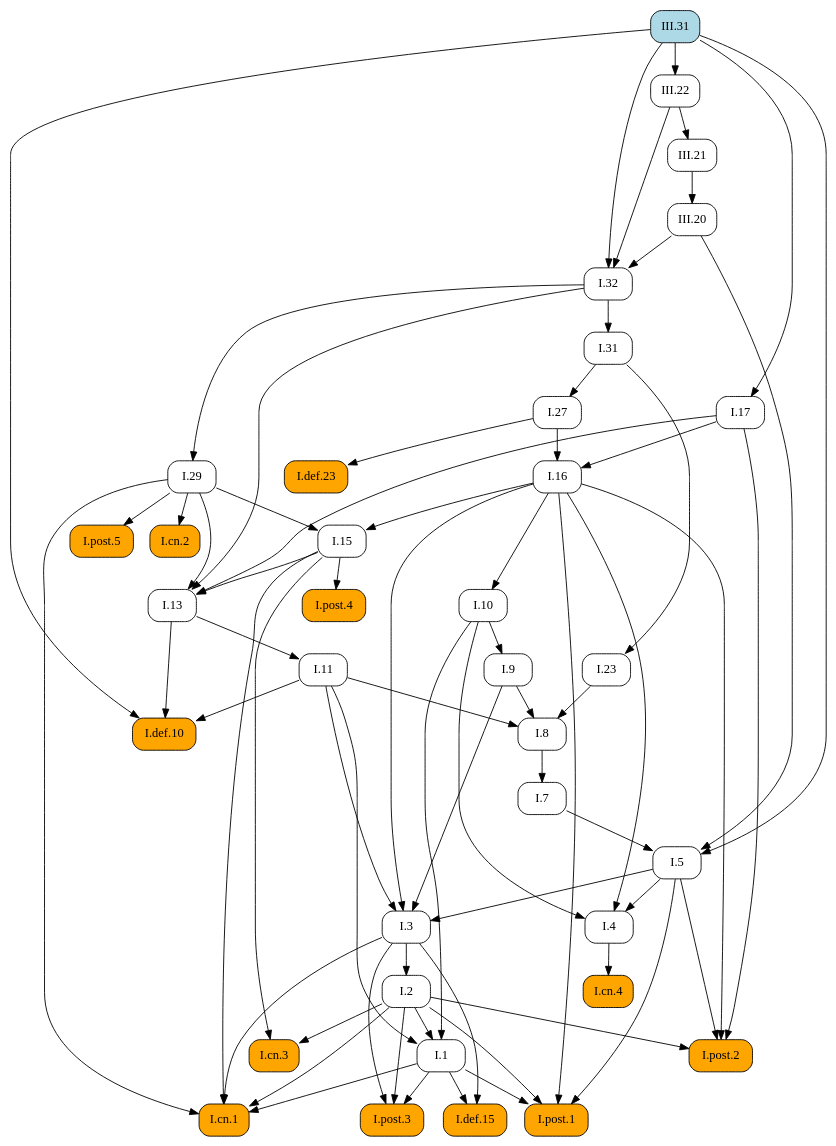
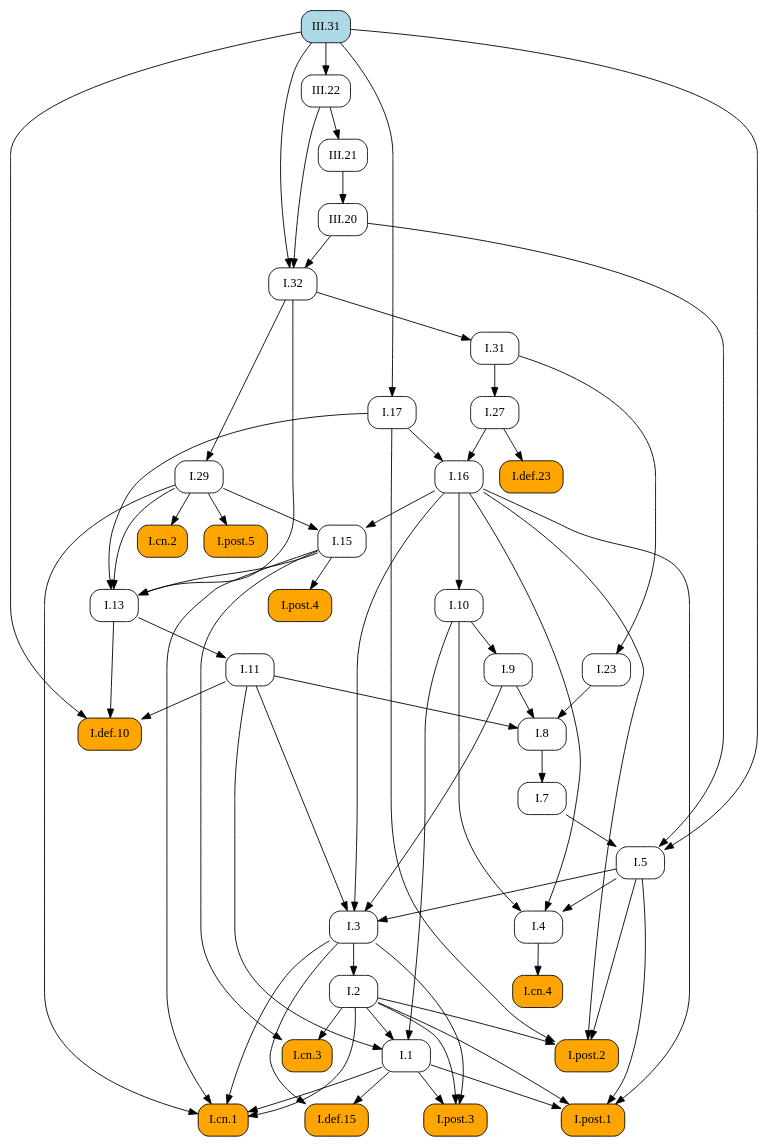
Before and after one commit to geometor/elements: the diagram in docsrc/elements2/III/31/index.rst, drawn with Graphviz. The commit also changed other lines of this file and 409 other files, not shown here.

First line of the commit message:
feat: Add image cropping and graphic extraction script

```diff
--- a/docsrc/elements2/III/31/index.rst
+++ b/docsrc/elements2/III/31/index.rst
@@ -90,107 +90,107 @@
    digraph {
      rankdir="TB";
      node [shape=box, style=rounded];
+     "I.31" [URL="/elements2/I/31/", target="_top"];
      "I.8" [URL="/elements2/I/8/", target="_top"];
+     "I.5" [URL="/elements2/I/5/", target="_top"];
+     "I.15" [URL="/elements2/I/15/", target="_top"];
+     "I.17" [URL="/elements2/I/17/", target="_top"];
+     "I.cn.1" [style="rounded,filled", fillcolor=orange, URL="/elements2/I/cn.1/", target="_top"];
      "I.32" [URL="/elements2/I/32/", target="_top"];
-     "I.post.1" [style="rounded,filled", fillcolor=orange, URL="/elements2/I/post.1/", target="_top"];
-     "I.5" [URL="/elements2/I/5/", target="_top"];
-     "I.post.5" [style="rounded,filled", fillcolor=orange, URL="/elements2/I/post.5/", target="_top"];
-     "I.def.10" [style="rounded,filled", fillcolor=orange, URL="/elements2/I/def.10/", target="_top"];
-     "I.cn.2" [style="rounded,filled", fillcolor=orange, URL="/elements2/I/cn.2/", target="_top"];
-     "III.22" [URL="/elements2/III/22/", target="_top"];
+     "I.7" [URL="/elements2/I/7/", target="_top"];
+     "I.23" [URL="/elements2/I/23/", target="_top"];
+     "I.16" [URL="/elements2/I/16/", target="_top"];
+     "III.20" [URL="/elements2/III/20/", target="_top"];
      "I.def.15" [style="rounded,filled", fillcolor=orange, URL="/elements2/I/def.15/", target="_top"];
      "III.31" [style="rounded,filled", fillcolor=lightblue, URL="/elements2/III/31/", target="_top"];
-     "I.31" [URL="/elements2/I/31/", target="_top"];
+     "I.def.10" [style="rounded,filled", fillcolor=orange, URL="/elements2/I/def.10/", target="_top"];
      "I.11" [URL="/elements2/I/11/", target="_top"];
-     "I.post.2" [style="rounded,filled", fillcolor=orange, URL="/elements2/I/post.2/", target="_top"];
+     "I.post.4" [style="rounded,filled", fillcolor=orange, URL="/elements2/I/post.4/", target="_top"];
+     "I.def.23" [style="rounded,filled", fillcolor=orange, URL="/elements2/I/def.23/", target="_top"];
+     "I.post.5" [style="rounded,filled", fillcolor=orange, URL="/elements2/I/post.5/", target="_top"];
      "I.3" [URL="/elements2/I/3/", target="_top"];
-     "I.def.23" [style="rounded,filled", fillcolor=orange, URL="/elements2/I/def.23/", target="_top"];
-     "I.1" [URL="/elements2/I/1/", target="_top"];
-     "I.cn.4" [style="rounded,filled", fillcolor=orange, URL="/elements2/I/cn.4/", target="_top"];
+     "III.22" [URL="/elements2/III/22/", target="_top"];
+     "I.10" [URL="/elements2/I/10/", target="_top"];
+     "III.21" [URL="/elements2/III/21/", target="_top"];
      "I.cn.3" [style="rounded,filled", fillcolor=orange, URL="/elements2/I/cn.3/", target="_top"];
-     "III.21" [URL="/elements2/III/21/", target="_top"];
-     "III.20" [URL="/elements2/III/20/", target="_top"];
-     "I.17" [URL="/elements2/I/17/", target="_top"];
-     "I.7" [URL="/elements2/I/7/", target="_top"];
+     "I.13" [URL="/elements2/I/13/", target="_top"];
+     "I.4" [URL="/elements2/I/4/", target="_top"];
+     "I.post.3" [style="rounded,filled", fillcolor=orange, URL="/elements2/I/post.3/", target="_top"];
      "I.9" [URL="/elements2/I/9/", target="_top"];
-     "I.cn.1" [style="rounded,filled", fillcolor=orange, URL="/elements2/I/cn.1/", target="_top"];
      "I.29" [URL="/elements2/I/29/", target="_top"];
-     "I.16" [URL="/elements2/I/16/", target="_top"];
-     "I.post.4" [style="rounded,filled", fillcolor=orange, URL="/elements2/I/post.4/", target="_top"];
-     "I.13" [URL="/elements2/I/13/", target="_top"];
+     "I.post.1" [style="rounded,filled", fillcolor=orange, URL="/elements2/I/post.1/", target="_top"];
      "I.2" [URL="/elements2/I/2/", target="_top"];
      "I.27" [URL="/elements2/I/27/", target="_top"];
-     "I.4" [URL="/elements2/I/4/", target="_top"];
-     "I.10" [URL="/elements2/I/10/", target="_top"];
-     "I.15" [URL="/elements2/I/15/", target="_top"];
-     "I.23" [URL="/elements2/I/23/", target="_top"];
-     "I.post.3" [style="rounded,filled", fillcolor=orange, URL="/elements2/I/post.3/", target="_top"];
+     "I.cn.4" [style="rounded,filled", fillcolor=orange, URL="/elements2/I/cn.4/", target="_top"];
+     "I.cn.2" [style="rounded,filled", fillcolor=orange, URL="/elements2/I/cn.2/", target="_top"];
+     "I.1" [URL="/elements2/I/1/", target="_top"];
+     "I.post.2" [style="rounded,filled", fillcolor=orange, URL="/elements2/I/post.2/", target="_top"];
+     "I.32" -> "I.31";
      "I.9" -> "I.8";
      "I.11" -> "I.8";
      "I.23" -> "I.8";
-     "III.20" -> "I.32";
-     "III.22" -> "I.32";
-     "III.31" -> "I.32";
-     "I.1" -> "I.post.1";
-     "I.2" -> "I.post.1";
-     "I.5" -> "I.post.1";
-     "I.16" -> "I.post.1";
      "I.7" -> "I.5";
      "III.20" -> "I.5";
      "III.31" -> "I.5";
-     "I.29" -> "I.post.5";
-     "I.11" -> "I.def.10";
-     "I.13" -> "I.def.10";
-     "III.31" -> "I.def.10";
-     "I.29" -> "I.cn.2";
-     "III.31" -> "III.22";
-     "I.1" -> "I.def.15";
-     "I.3" -> "I.def.15";
-     "I.32" -> "I.31";
-     "I.13" -> "I.11";
-     "I.2" -> "I.post.2";
-     "I.5" -> "I.post.2";
-     "I.16" -> "I.post.2";
-     "I.17" -> "I.post.2";
-     "I.5" -> "I.3";
-     "I.9" -> "I.3";
-     "I.11" -> "I.3";
-     "I.16" -> "I.3";
-     "I.27" -> "I.def.23";
-     "I.2" -> "I.1";
-     "I.10" -> "I.1";
-     "I.11" -> "I.1";
-     "I.4" -> "I.cn.4";
-     "I.2" -> "I.cn.3";
-     "I.15" -> "I.cn.3";
-     "III.22" -> "III.21";
-     "III.21" -> "III.20";
+     "I.16" -> "I.15";
+     "I.29" -> "I.15";
      "III.31" -> "I.17";
-     "I.8" -> "I.7";
-     "I.10" -> "I.9";
      "I.1" -> "I.cn.1";
      "I.2" -> "I.cn.1";
      "I.3" -> "I.cn.1";
      "I.15" -> "I.cn.1";
      "I.29" -> "I.cn.1";
-     "I.32" -> "I.29";
+     "III.20" -> "I.32";
+     "III.22" -> "I.32";
+     "III.31" -> "I.32";
+     "I.8" -> "I.7";
+     "I.31" -> "I.23";
      "I.17" -> "I.16";
      "I.27" -> "I.16";
+     "III.21" -> "III.20";
+     "I.1" -> "I.def.15";
+     "I.3" -> "I.def.15";
+     "I.11" -> "I.def.10";
+     "I.13" -> "I.def.10";
+     "III.31" -> "I.def.10";
+     "I.13" -> "I.11";
      "I.15" -> "I.post.4";
+     "I.27" -> "I.def.23";
+     "I.29" -> "I.post.5";
+     "I.5" -> "I.3";
+     "I.9" -> "I.3";
+     "I.11" -> "I.3";
+     "I.16" -> "I.3";
+     "III.31" -> "III.22";
+     "I.16" -> "I.10";
+     "III.22" -> "III.21";
+     "I.2" -> "I.cn.3";
+     "I.15" -> "I.cn.3";
      "I.15" -> "I.13";
      "I.17" -> "I.13";
      "I.29" -> "I.13";
      "I.32" -> "I.13";
-     "I.3" -> "I.2";
-     "I.31" -> "I.27";
      "I.5" -> "I.4";
      "I.10" -> "I.4";
      "I.16" -> "I.4";
-     "I.16" -> "I.10";
-     "I.16" -> "I.15";
-     "I.29" -> "I.15";
-     "I.31" -> "I.23";
      "I.1" -> "I.post.3";
      "I.2" -> "I.post.3";
      "I.3" -> "I.post.3";
+     "I.10" -> "I.9";
+     "I.32" -> "I.29";
+     "I.1" -> "I.post.1";
+     "I.2" -> "I.post.1";
+     "I.5" -> "I.post.1";
+     "I.16" -> "I.post.1";
+     "I.3" -> "I.2";
+     "I.31" -> "I.27";
+     "I.4" -> "I.cn.4";
+     "I.29" -> "I.cn.2";
+     "I.2" -> "I.1";
+     "I.10" -> "I.1";
+     "I.11" -> "I.1";
+     "I.2" -> "I.post.2";
+     "I.5" -> "I.post.2";
+     "I.16" -> "I.post.2";
+     "I.17" -> "I.post.2";
    }
```
